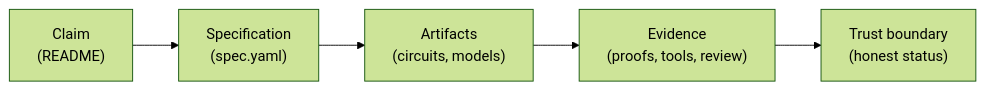
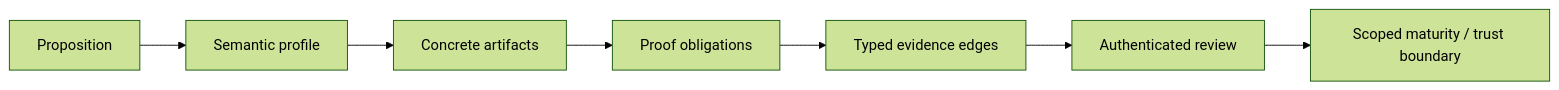
One commit to fraware/QSpecBench changed the diagram in README.md. Above: the diagram before and after it, drawn with Mermaid (forest theme). The commit also changed other lines of this file, not shown here.

Commit message:
Correct maturity, review, and full-vision documentation

````diff
--- a/README.md
+++ b/README.md
@@ -50,7 +53,9 @@
 ```mermaid
 flowchart LR
-  C["Claim\n(README)"] --> S["Specification\n(spec.yaml)"]
-  S --> A["Artifacts\n(circuits, models)"]
-  A --> E["Evidence\n(proofs, tools, review)"]
-  E --> T["Trust boundary\n(honest status)"]
+  C["Proposition"] --> S["Semantic profile"]
+  S --> A["Concrete artifacts"]
+  A --> O["Proof obligations"]
+  O --> E["Typed evidence edges"]
+  E --> R["Authenticated review"]
+  R --> T["Scoped maturity / trust boundary"]
 ```
````
